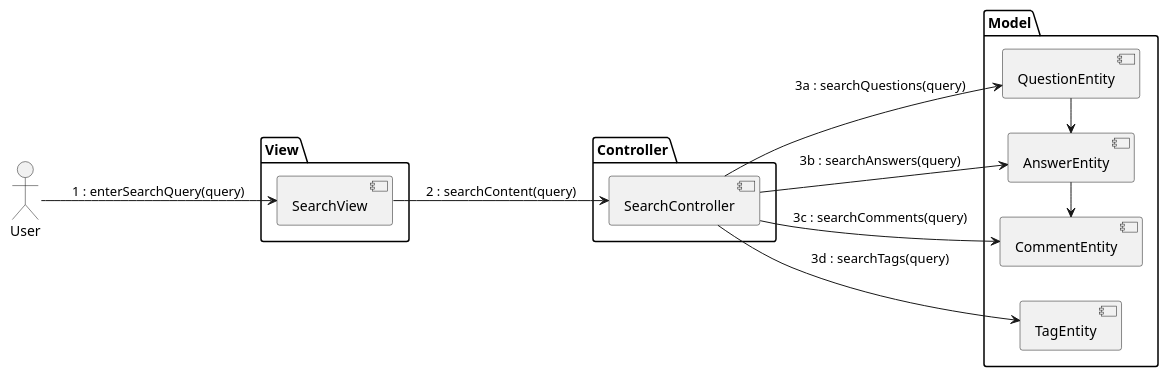
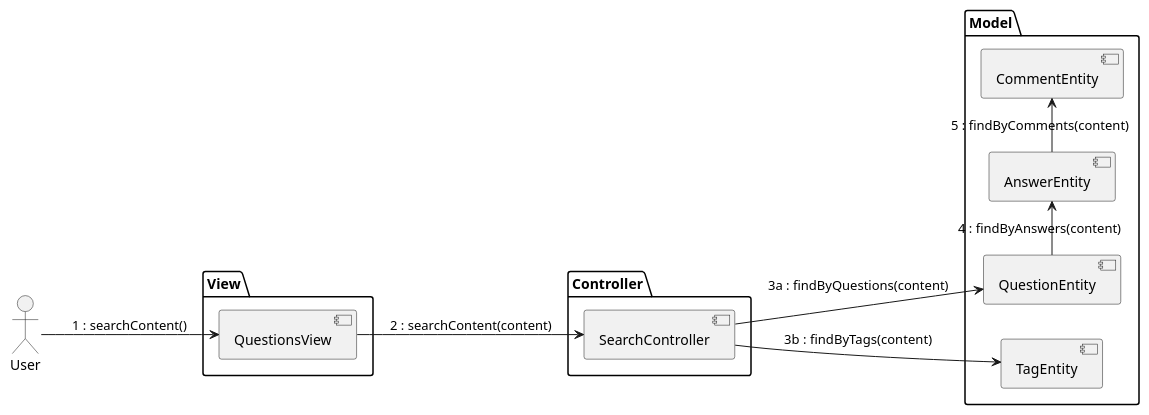
Before and after one commit to rafaelacirino/miw-backend-foro: the diagram in src/main/resources/templates/logic/useCasesAnalysis/searchContentAnalysis.puml, drawn with PlantUML. The commit also changed 10 other files, not shown here.

Commit message:
update diagrams

```diff
--- a/src/main/resources/templates/logic/useCasesAnalysis/searchContentAnalysis.puml
+++ b/src/main/resources/templates/logic/useCasesAnalysis/searchContentAnalysis.puml
@@ -1,33 +1,31 @@
 @startuml
 
 left to right direction
 
 actor User
 
 package View {
-    [SearchView]
+    [QuestionsView]
 }
 
 package Controller {
     [SearchController]
 }
 
 package Model {
     [QuestionEntity]
     [AnswerEntity]
     [CommentEntity]
     [TagEntity]
 }
 
-User --> [SearchView] : 1 : enterSearchQuery(query)
-[SearchView] --> [SearchController] : 2 : searchContent(query)
+User --> [QuestionsView] : 1 : searchContent()
+[QuestionsView] --> [SearchController] : 2 : searchContent(content)
 
-[SearchController] --> [QuestionEntity] : 3a : searchQuestions(query)
-[SearchController] --> [AnswerEntity] : 3b : searchAnswers(query)
-[SearchController] --> [CommentEntity] : 3c : searchComments(query)
-[SearchController] --> [TagEntity] : 3d : searchTags(query)
+[SearchController] --> [QuestionEntity] : 3a : findByQuestions(content)
+[SearchController] --> [TagEntity] : 3b : findByTags(content)
 
-[QuestionEntity] -right-> [AnswerEntity]
-[AnswerEntity] -right-> [CommentEntity]
+[QuestionEntity] -right-> [AnswerEntity] : 4 : findByAnswers(content)
+[AnswerEntity] -right-> [CommentEntity] : 5 : findByComments(content)
 
 @enduml
```
